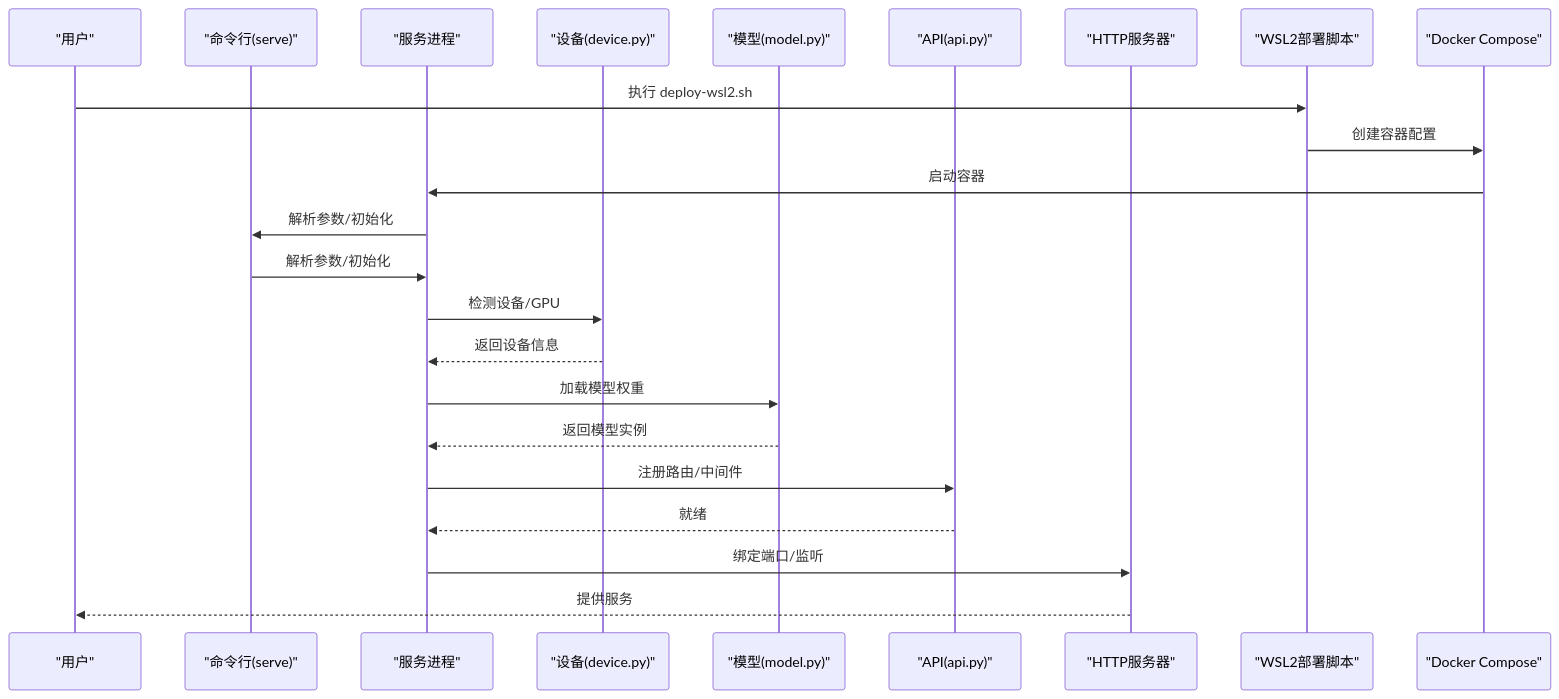
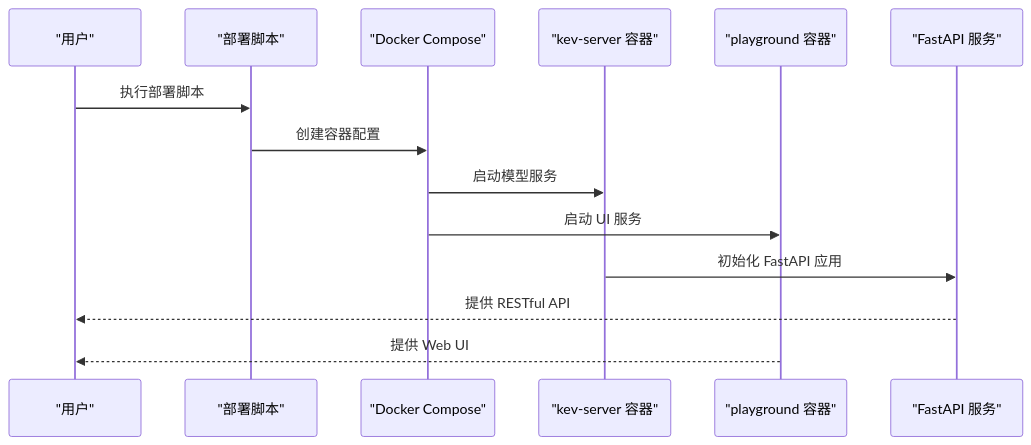
One commit to joezxh/kev changed the second of 3 diagrams in .qoder/repowiki/zh/content/部署指南/本地部署.md. Above: the diagram before and after it, drawn with Mermaid. The commit also changed other lines of this file and 193 other files, not shown here.

````diff
--- a/.qoder/repowiki/zh/content/部署指南/本地部署.md
+++ b/.qoder/repowiki/zh/content/部署指南/本地部署.md
@@ -110,25 +90,16 @@
 ```mermaid
 sequenceDiagram
 participant User as "用户"
-participant CLI as "命令行(serve)"
-participant Svc as "服务进程"
-participant Dev as "设备(device.py)"
-participant Mdl as "模型(model.py)"
-participant API as "API(api.py)"
-participant Net as "HTTP服务器"
-participant WSL as "WSL2部署脚本"
-participant DC as "Docker Compose"
-User->>WSL : 执行 deploy-wsl2.sh
-WSL->>DC : 创建容器配置
-DC->>Svc : 启动容器
-Svc->>CLI : 解析参数/初始化
-CLI->>Svc : 解析参数/初始化
-Svc->>Dev : 检测设备/GPU
-Dev-->>Svc : 返回设备信息
-Svc->>Mdl : 加载模型权重
-Mdl-->>Svc : 返回模型实例
-Svc->>API : 注册路由/中间件
-API-->>Svc : 就绪
-Svc->>Net : 绑定端口/监听
-Net-->>User : 提供服务
+participant Script as "部署脚本"
+participant Compose as "Docker Compose"
+participant Server as "kev-server 容器"
+participant Playground as "playground 容器"
+participant API as "FastAPI 服务"
+User->>Script : 执行部署脚本
+Script->>Compose : 创建容器配置
+Compose->>Server : 启动模型服务
+Compose->>Playground : 启动 UI 服务
+Server->>API : 初始化 FastAPI 应用
+API-->>User : 提供 RESTful API
+Playground-->>User : 提供 Web UI
 ```
````
